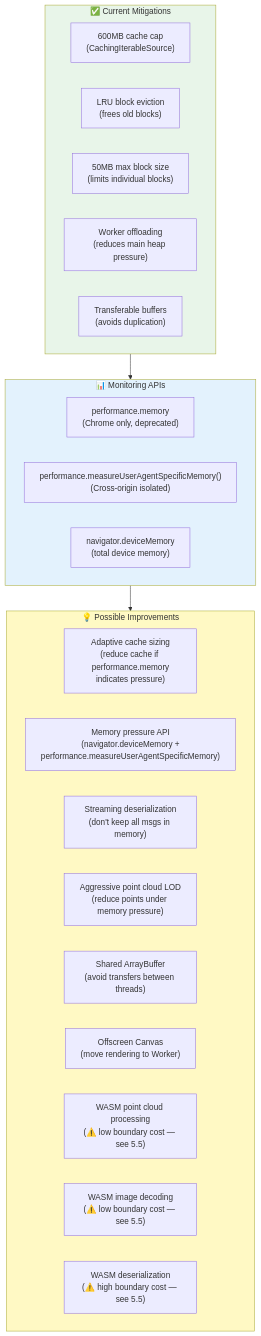
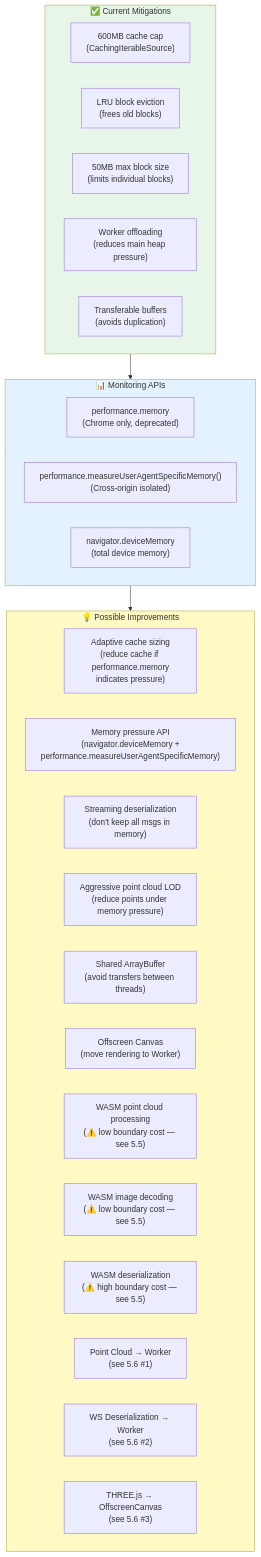
Before and after one commit to GitHub-ZuoWei/lichtblick: diagram 12 of 31 in docs/performance/README.md, drawn with Mermaid. The commit also changed other lines of this file, not shown here.

Commit message:
feat: enhance performance documentation with Web Worker offloading strategies for point cloud processing and WebSocket deserialization

````diff
--- a/docs/performance/README.md
+++ b/docs/performance/README.md
@@ -644,35 +644,38 @@
 ```mermaid
 flowchart TB
     subgraph Current["✅ Current Mitigations"]
         M1["600MB cache cap<br/>(CachingIterableSource)"]
         M2["LRU block eviction<br/>(frees old blocks)"]
         M3["50MB max block size<br/>(limits individual blocks)"]
         M4["Worker offloading<br/>(reduces main heap pressure)"]
         M5["Transferable buffers<br/>(avoids duplication)"]
     end
 
     subgraph Possible["💡 Possible Improvements"]
         P1["Adaptive cache sizing<br/>(reduce cache if performance.memory<br/>indicates pressure)"]
         P2["Memory pressure API<br/>(navigator.deviceMemory +<br/>performance.measureUserAgentSpecificMemory)"]
         P3["Streaming deserialization<br/>(don't keep all msgs in memory)"]
         P4["Aggressive point cloud LOD<br/>(reduce points under memory pressure)"]
         P5["Shared ArrayBuffer<br/>(avoid transfers between threads)"]
         P6["Offscreen Canvas<br/>(move rendering to Worker)"]
         P7["WASM point cloud processing<br/>(⚠️ low boundary cost — see 5.5)"]
         P8["WASM image decoding<br/>(⚠️ low boundary cost — see 5.5)"]
         P9["WASM deserialization<br/>(⚠️ high boundary cost — see 5.5)"]
+        P10["Point Cloud → Worker<br/>(see 5.6 #1)"]
+        P11["WS Deserialization → Worker<br/>(see 5.6 #2)"]
+        P12["THREE.js → OffscreenCanvas<br/>(see 5.6 #3)"]
     end
 
     subgraph Monitor["📊 Monitoring APIs"]
         API1["performance.memory<br/>(Chrome only, deprecated)"]
         API2["performance.measureUserAgentSpecificMemory()<br/>(Cross-origin isolated)"]
         API3["navigator.deviceMemory<br/>(total device memory)"]
     end
 
     Current --> Monitor
     Monitor --> Possible
 
     style Current fill:#e8f5e9
     style Possible fill:#fff9c4
     style Monitor fill:#e3f2fd
 ```
````
